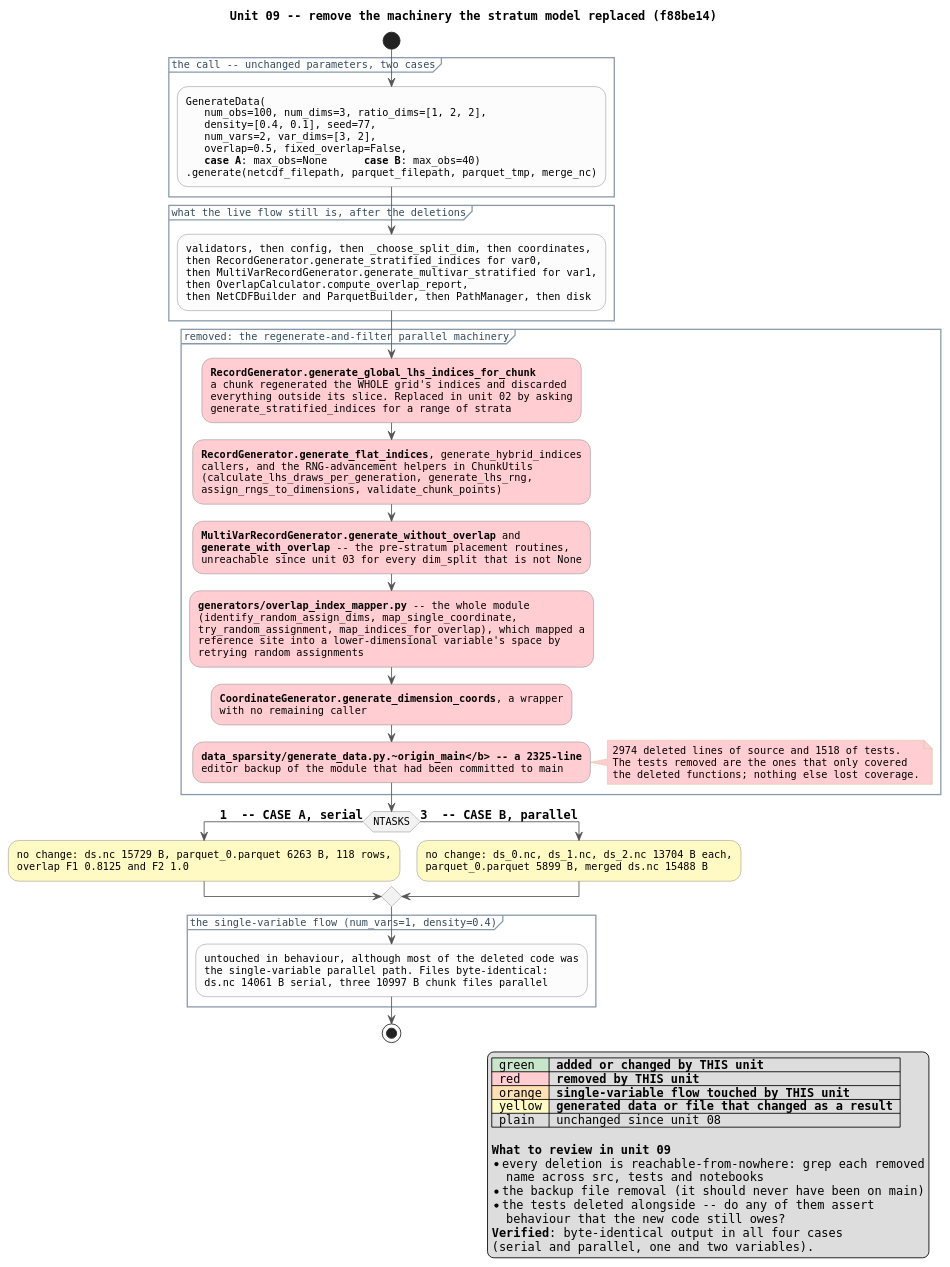
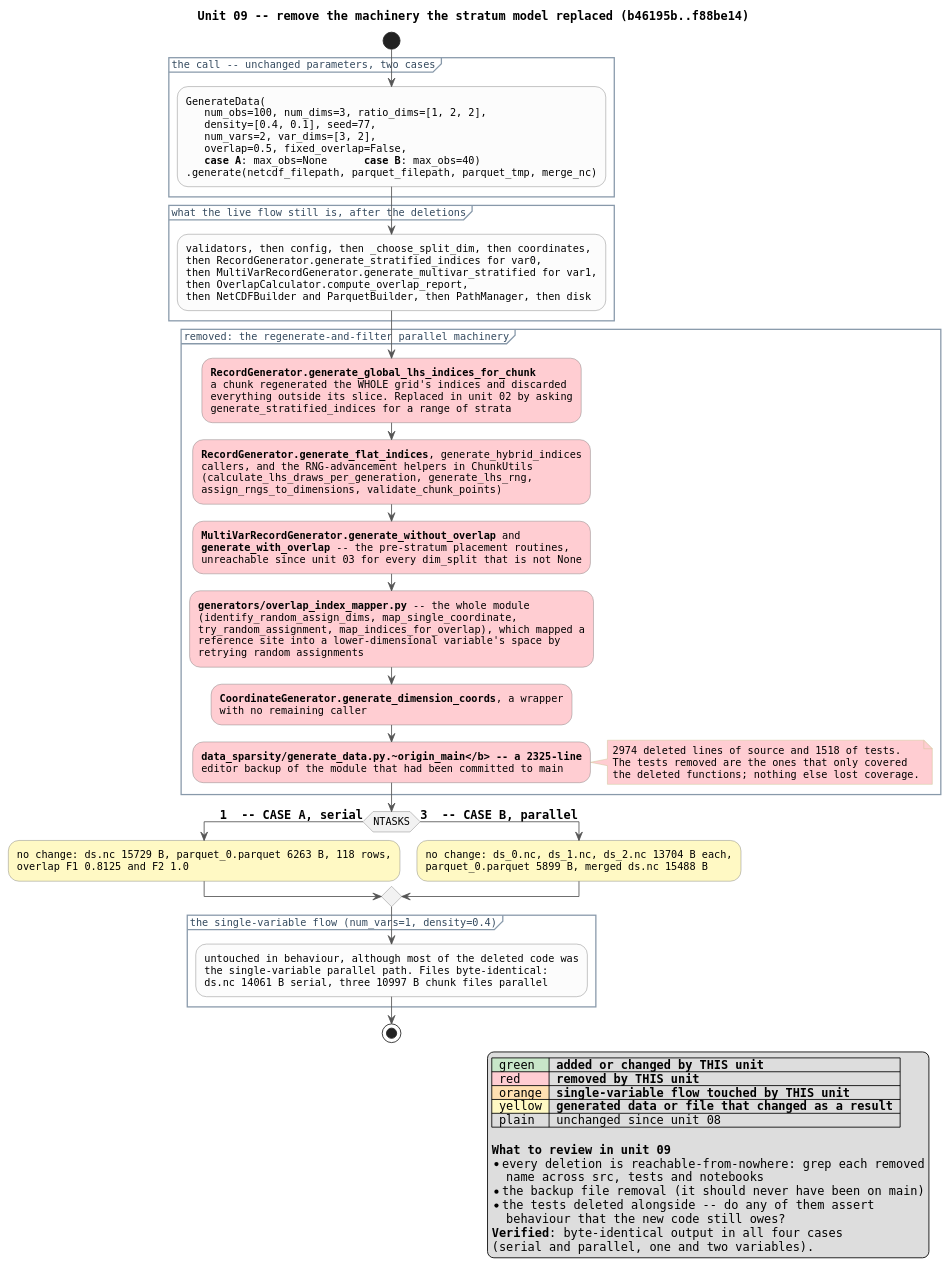
Before and after one commit to boom-lab/tabray: the diagram in docs/review_09_dead_code.puml, drawn with PlantUML. The commit also changed 19 other files, not shown here.

Commit message:
update puml diagrams for review

```diff
--- a/docs/review_09_dead_code.puml
+++ b/docs/review_09_dead_code.puml
@@ -1,109 +1,109 @@
 @startuml review_09_dead_code
 ' Review unit 09 of 15 -- see docs/review_diagrams.md for the series.
 ' State AFTER commits e9c789c, 9a4841c, f88be14 (src +217/-4598, tests +5/-1518).
 ' Every number below is from a run of the two cases at commit f88be14.
 ' Render: plantuml docs/review_09_dead_code.puml
 
-title Unit 09 -- remove the machinery the stratum model replaced (f88be14)
+title Unit 09 -- remove the machinery the stratum model replaced (b46195b..f88be14)
 
 skinparam shadowing false
 skinparam defaultFontName Monospaced
 skinparam defaultFontSize 12
 skinparam ArrowColor #555555
 skinparam activity {
   BackgroundColor #FCFCFC
   BorderColor #777777
   DiamondBackgroundColor #F2F2F2
   DiamondBorderColor #777777
 }
 skinparam partition {
   BorderColor #8899AA
   FontColor #33495E
 }
 skinparam note {
   BackgroundColor #FFFDF0
   BorderColor #C8C08A
 }
 
 start
 
 partition "the call -- unchanged parameters, two cases" {
   :GenerateData(
      num_obs=100, num_dims=3, ratio_dims=[1, 2, 2],
      density=[0.4, 0.1], seed=77,
      num_vars=2, var_dims=[3, 2],
      overlap=0.5, fixed_overlap=False,
      <b>case A</b>: max_obs=None      <b>case B</b>: max_obs=40)
   .generate(netcdf_filepath, parquet_filepath, parquet_tmp, merge_nc);
 }
 
 partition "what the live flow still is, after the deletions" {
   :validators, then config, then _choose_split_dim, then coordinates,
   then RecordGenerator.generate_stratified_indices for var0,
   then MultiVarRecordGenerator.generate_multivar_stratified for var1,
   then OverlapCalculator.compute_overlap_report,
   then NetCDFBuilder and ParquetBuilder, then PathManager, then disk;
 }
 
 partition "removed: the regenerate-and-filter parallel machinery" {
   #FFCDD2:<b>RecordGenerator.generate_global_lhs_indices_for_chunk</b>
   a chunk regenerated the WHOLE grid's indices and discarded
   everything outside its slice. Replaced in unit 02 by asking
   generate_stratified_indices for a range of strata;
   #FFCDD2:<b>RecordGenerator.generate_flat_indices</b>, generate_hybrid_indices
   callers, and the RNG-advancement helpers in ChunkUtils
   (calculate_lhs_draws_per_generation, generate_lhs_rng,
   assign_rngs_to_dimensions, validate_chunk_points);
   #FFCDD2:<b>MultiVarRecordGenerator.generate_without_overlap</b> and
   <b>generate_with_overlap</b> -- the pre-stratum placement routines,
   unreachable since unit 03 for every dim_split that is not None;
   #FFCDD2:<b>generators/overlap_index_mapper.py</b> -- the whole module
   (identify_random_assign_dims, map_single_coordinate,
   try_random_assignment, map_indices_for_overlap), which mapped a
   reference site into a lower-dimensional variable's space by
   retrying random assignments;
   #FFCDD2:<b>CoordinateGenerator.generate_dimension_coords</b>, a wrapper
   with no remaining caller;
   #FFCDD2:<b>data_sparsity/generate_data.py.~origin_main~</b> -- a 2325-line
   editor backup of the module that had been committed to main;
   note right #FFCDD2
     2974 deleted lines of source and 1518 of tests.
     The tests removed are the ones that only covered
     the deleted functions; nothing else lost coverage.
   end note
 }
 
 if (NTASKS) then (== 1  -- CASE A, serial)
   #FFF9C4:no change: ds.nc 15729 B, parquet_0.parquet 6263 B, 118 rows,
   overlap F1 0.8125 and F2 1.0;
 else (== 3  -- CASE B, parallel)
   #FFF9C4:no change: ds_0.nc, ds_1.nc, ds_2.nc 13704 B each,
   parquet_0.parquet 5899 B, merged ds.nc 15488 B;
 endif
 
 partition "the single-variable flow (num_vars=1, density=0.4)" {
   :untouched in behaviour, although most of the deleted code was
   the single-variable parallel path. Files byte-identical:
   ds.nc 14061 B serial, three 10997 B chunk files parallel;
 }
 
 stop
 
 legend right
   |<#C8E6C9> green |= added or changed by THIS unit |
   |<#FFCDD2> red |= removed by THIS unit |
   |<#FFE0B2> orange |= single-variable flow touched by THIS unit |
   |<#FFF9C4> yellow |= generated data or file that changed as a result |
   | plain | unchanged since unit 08 |
 
   <b>What to review in unit 09</b>
   * every deletion is reachable-from-nowhere: grep each removed
     name across src, tests and notebooks
   * the backup file removal (it should never have been on main)
   * the tests deleted alongside -- do any of them assert
     behaviour that the new code still owes?
   <b>Verified</b>: byte-identical output in all four cases
   (serial and parallel, one and two variables).
 end legend
 
 @enduml
```
